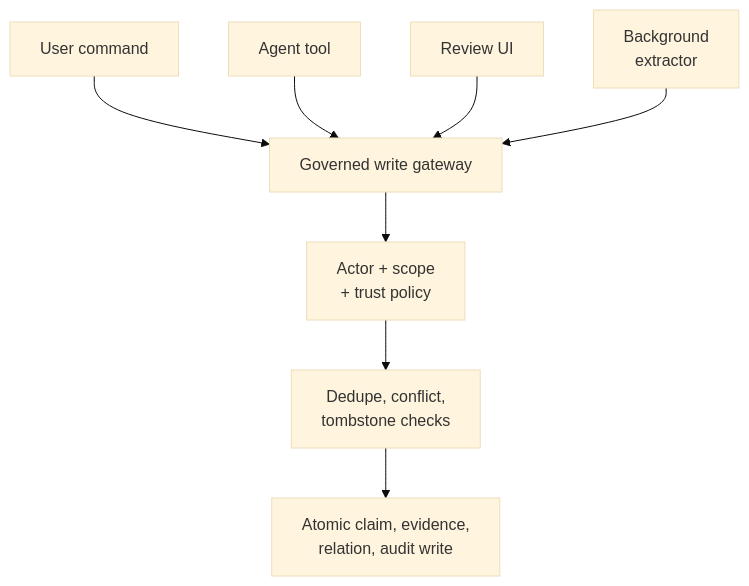
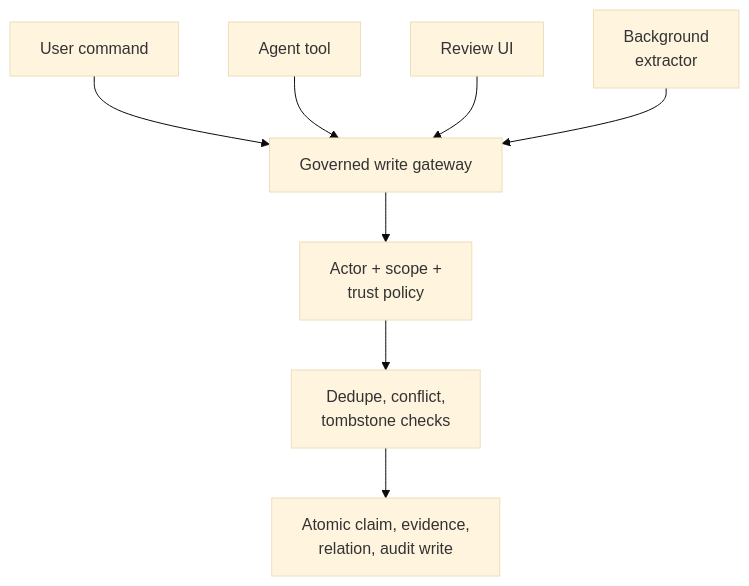
One commit to neoneye/agent-memory-atlas changed the diagram in content/patterns/governed-write-gateway.md. Above: the diagram before and after it, drawn with Mermaid (base theme). The commit also changed 99 other files, not shown here.

First line of the commit message:
Reshape the remaining 49 diagrams so their labels are legible

````diff
--- a/content/patterns/governed-write-gateway.md
+++ b/content/patterns/governed-write-gateway.md
@@ -21,10 +21,10 @@
 ```mermaid
 flowchart TD
     A["User command"] --> G["Governed write gateway"]
     B["Agent tool"] --> G
     C["Review UI"] --> G
     D["Background<br/>extractor"] --> G
-    G --> P["Actor + scope<br/>+ trust policy"]
+    G --> P["Actor + scope +<br/>trust policy"]
     P --> K["Dedupe, conflict,<br/>tombstone checks"]
     K --> T["Atomic claim, evidence,<br/>relation, audit write"]
 ```
````
